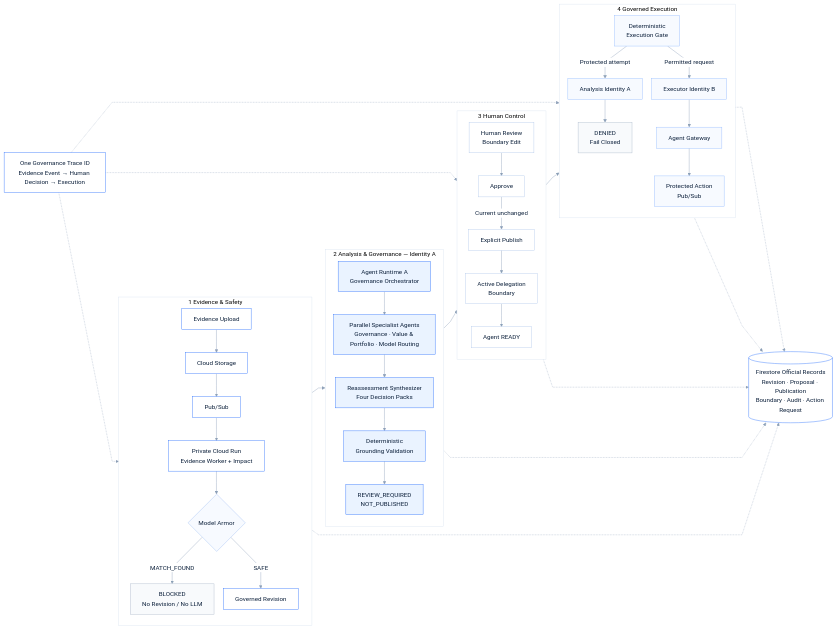
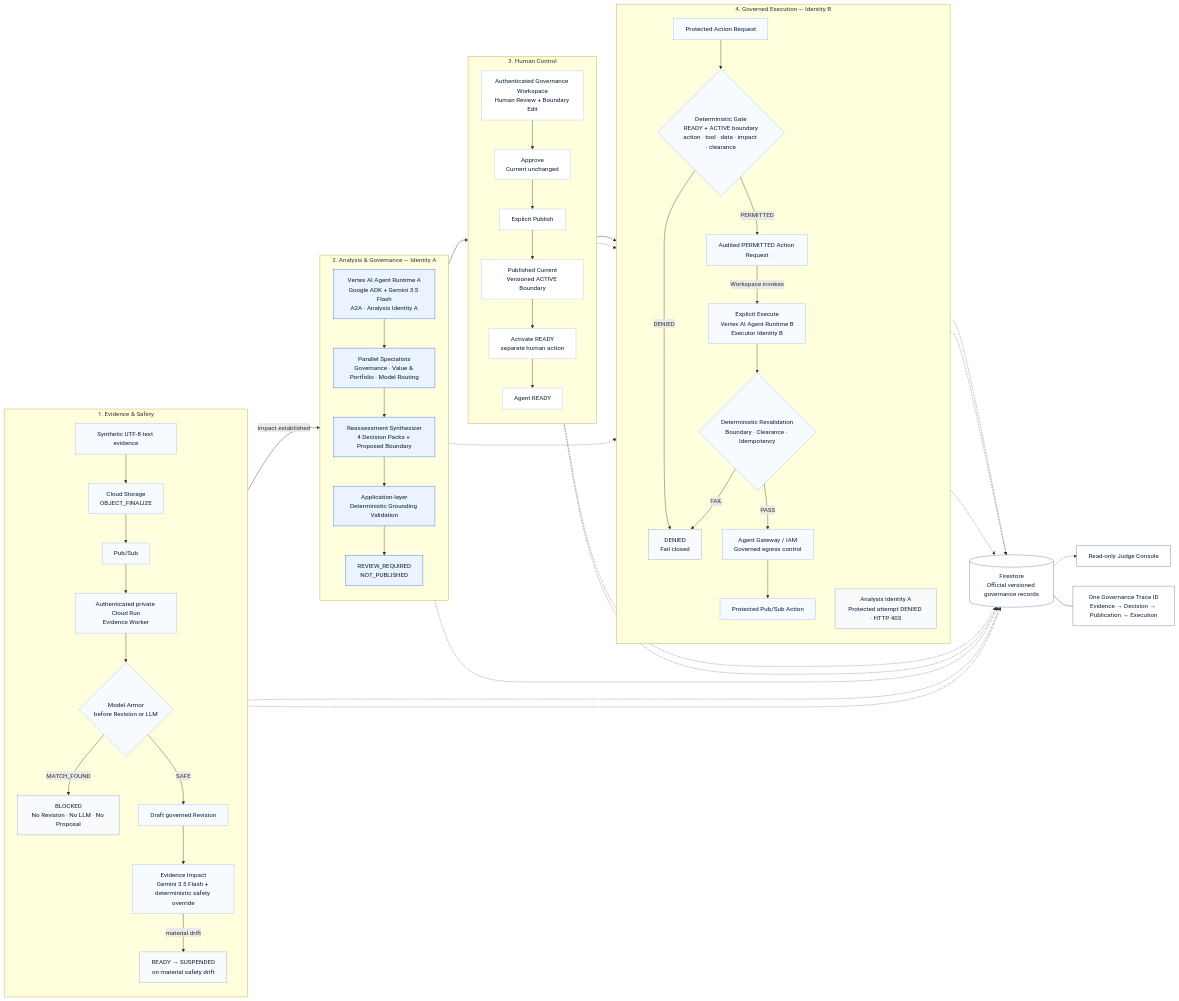
The diagram in docs/architecture/readinessops-architecture.mmd (solidfdn/readinessops-agent-fleet-governance), drawn with Mermaid before and after one commit. The commit also changed 1 other file, not shown here.

Commit message:
Render final architecture directly in README

```diff
--- a/docs/architecture/readinessops-architecture.mmd
+++ b/docs/architecture/readinessops-architecture.mmd
@@ -1,92 +1,95 @@
-%%{init: {
-  "theme": "base",
-  "flowchart": {"curve": "linear", "nodeSpacing": 24, "rankSpacing": 34},
-  "themeVariables": {
-    "fontFamily": "Meiryo UI, Segoe UI, Arial, sans-serif",
-    "primaryColor": "#FFFFFF",
-    "primaryBorderColor": "#246BFD",
-    "primaryTextColor": "#0B1F3A",
-    "lineColor": "#8DA0B8",
-    "clusterBkg": "#FFFFFF",
-    "clusterBorder": "#D8E2F0"
-  }
-}}%%
+flowchart LR
+  subgraph E["1. Evidence & Safety"]
+    direction TB
+    EV["Synthetic UTF-8 text evidence"]
+    GCS["Cloud Storage<br/>OBJECT_FINALIZE"]
+    PS["Pub/Sub"]
+    EW["Authenticated private Cloud Run<br/>Evidence Worker"]
+    MA{"Model Armor<br/>before Revision or LLM"}
+    BL["BLOCKED<br/>No Revision · No LLM · No Proposal"]
+    REV["Draft governed Revision"]
+    EI["Evidence Impact<br/>Gemini 3.5 Flash + deterministic safety override"]
+    SU["READY → SUSPENDED<br/>on material safety drift"]
+    EV --> GCS --> PS --> EW --> MA
+    MA -->|MATCH_FOUND| BL
+    MA -->|SAFE| REV
+    REV --> EI
+    EI -->|material drift| SU
+  end
 
-flowchart LR
+  subgraph A["2. Analysis & Governance — Identity A"]
+    direction TB
+    RTA["Vertex AI Agent Runtime A<br/>Google ADK + Gemini 3.5 Flash<br/>A2A · Analysis Identity A"]
+    SP["Parallel Specialists<br/>Governance · Value & Portfolio · Model Routing"]
+    SY["Reassessment Synthesizer<br/>4 Decision Packs + Proposed Boundary"]
+    GV["Application-layer<br/>Deterministic Grounding Validation"]
+    PROP["REVIEW_REQUIRED<br/>NOT_PUBLISHED"]
+    RTA --> SP --> SY --> GV --> PROP
+  end
 
-subgraph E["1  Evidence & Safety"]
-direction TB
-U[Evidence Upload]
-G[Cloud Storage]
-P[Pub/Sub]
-W[Private Cloud Run<br/>Evidence Worker + Impact]
-M{Model Armor}
-B[BLOCKED<br/>No Revision / No LLM]
-R[Governed Revision]
-U --> G --> P --> W --> M
-M -->|MATCH_FOUND| B
-M -->|SAFE| R
-end
+  subgraph H["3. Human Control"]
+    direction TB
+    WS["Authenticated Governance Workspace<br/>Human Review + Boundary Edit"]
+    AP["Approve<br/>Current unchanged"]
+    PUB["Explicit Publish"]
+    BND["Published Current<br/>Versioned ACTIVE Boundary"]
+    ACTV["Activate READY<br/>separate human action"]
+    READY["Agent READY"]
+    WS --> AP --> PUB --> BND --> ACTV --> READY
+  end
 
-subgraph A["2  Analysis & Governance — Identity A"]
-direction TB
-O[Agent Runtime A<br/>Governance Orchestrator]
-S[Parallel Specialist Agents<br/>Governance · Value & Portfolio · Model Routing]
-D[Reassessment Synthesizer<br/>Four Decision Packs]
-V[Deterministic<br/>Grounding Validation]
-Q[REVIEW_REQUIRED<br/>NOT_PUBLISHED]
-O --> S --> D --> V --> Q
-end
+  subgraph X["4. Governed Execution — Identity B"]
+    direction TB
+    REQ["Protected Action Request"]
+    GATE{"Deterministic Gate<br/>READY + ACTIVE boundary<br/>action · tool · data · impact · clearance"}
+    DENY["DENIED<br/>Fail closed"]
+    AR["Audited PERMITTED Action Request"]
+    RTB["Explicit Execute<br/>Vertex AI Agent Runtime B<br/>Executor Identity B"]
+    REVAL{"Deterministic Revalidation<br/>Boundary · Clearance · Idempotency"}
+    GW["Agent Gateway / IAM<br/>Governed egress control"]
+    PA["Protected Pub/Sub Action"]
+    IAD["Analysis Identity A<br/>Protected attempt DENIED · HTTP 403"]
+    REQ --> GATE
+    GATE -->|DENIED| DENY
+    GATE -->|PERMITTED| AR
+    AR -->|Workspace invokes| RTB
+    RTB --> REVAL
+    REVAL -->|FAIL| DENY
+    REVAL -->|PASS| GW
+    GW --> PA
+  end
 
-subgraph H["3  Human Control"]
-direction TB
-HR[Human Review<br/>Boundary Edit]
-AP[Approve]
-PU[Explicit Publish]
-DB[Active Delegation<br/>Boundary]
-RDY[Agent READY]
-HR --> AP
-AP -->|Current unchanged| PU
-PU --> DB --> RDY
-end
+  EI -->|impact established| RTA
+  PROP --> WS
+  READY --> REQ
+  BND -.-> GATE
+  RTA -.-> IAD
 
-subgraph X["4  Governed Execution"]
-direction TB
-GT[Deterministic<br/>Execution Gate]
-IA[Analysis Identity A]
-DN[DENIED<br/>Fail Closed]
-IB[Executor Identity B]
-GW[Agent Gateway]
-ACT[Protected Action<br/>Pub/Sub]
-GT -->|Protected attempt| IA --> DN
-GT -->|Permitted request| IB --> GW --> ACT
-end
+  FS[(Firestore<br/>Official versioned governance records)]
+  JUDGE["Read-only Judge Console"]
+  TRACE["One Governance Trace ID<br/>Evidence → Decision → Publication → Execution"]
 
-R --> O
-Q --> HR
-RDY --> GT
+  EW -.-> FS
+  REV -.-> FS
+  PROP -.-> FS
+  WS -.-> FS
+  PUB -.-> FS
+  GATE -.-> FS
+  AR -.-> FS
+  REVAL -.-> FS
+  FS -.-> JUDGE
+  FS --- TRACE
 
-F[(Firestore Official Records<br/>Revision · Proposal · Publication<br/>Boundary · Audit · Action Request)]
-T[One Governance Trace ID<br/>Evidence Event → Human Decision → Execution]
+  classDef security fill:#F7FAFF,stroke:#9ABCF2,color:#0B1F3A;
+  classDef blocked fill:#F8FAFC,stroke:#94A3B8,color:#0B1F3A;
+  classDef governance fill:#EAF3FF,stroke:#246BFD,color:#0B1F3A;
+  classDef human fill:#FFFFFF,stroke:#AFC7EA,color:#0B1F3A;
+  classDef execution fill:#F7FAFF,stroke:#8FB8FF,color:#0B1F3A;
+  classDef record fill:#FFFFFF,stroke:#64748B,color:#0B1F3A;
 
-R -.-> F
-Q -.-> F
-PU -.-> F
-GT -.-> F
-ACT -.-> F
-
-T -.-> R
-T -.-> HR
-T -.-> ACT
-
-classDef security fill:#F7FAFF,stroke:#9ABCF2,color:#0B1F3A;
-classDef blocked fill:#F8FAFC,stroke:#A8B6C8,color:#0B1F3A;
-classDef governance fill:#EAF3FF,stroke:#246BFD,color:#0B1F3A;
-classDef human fill:#FFFFFF,stroke:#AFC7EA,color:#0B1F3A;
-classDef execution fill:#F7FAFF,stroke:#8FB8FF,color:#0B1F3A;
-
-class M security;
-class B,DN blocked;
-class O,S,D,V,Q governance;
-class HR,AP,PU,DB,RDY human;
-class GT,IA,IB,GW,ACT execution;
+  class EV,GCS,PS,EW,MA,REV,EI security;
+  class BL,SU,DENY,IAD blocked;
+  class RTA,SP,SY,GV,PROP governance;
+  class WS,AP,PUB,BND,ACTV,READY human;
+  class REQ,GATE,AR,RTB,REVAL,GW,PA execution;
+  class FS,JUDGE,TRACE record;
```
